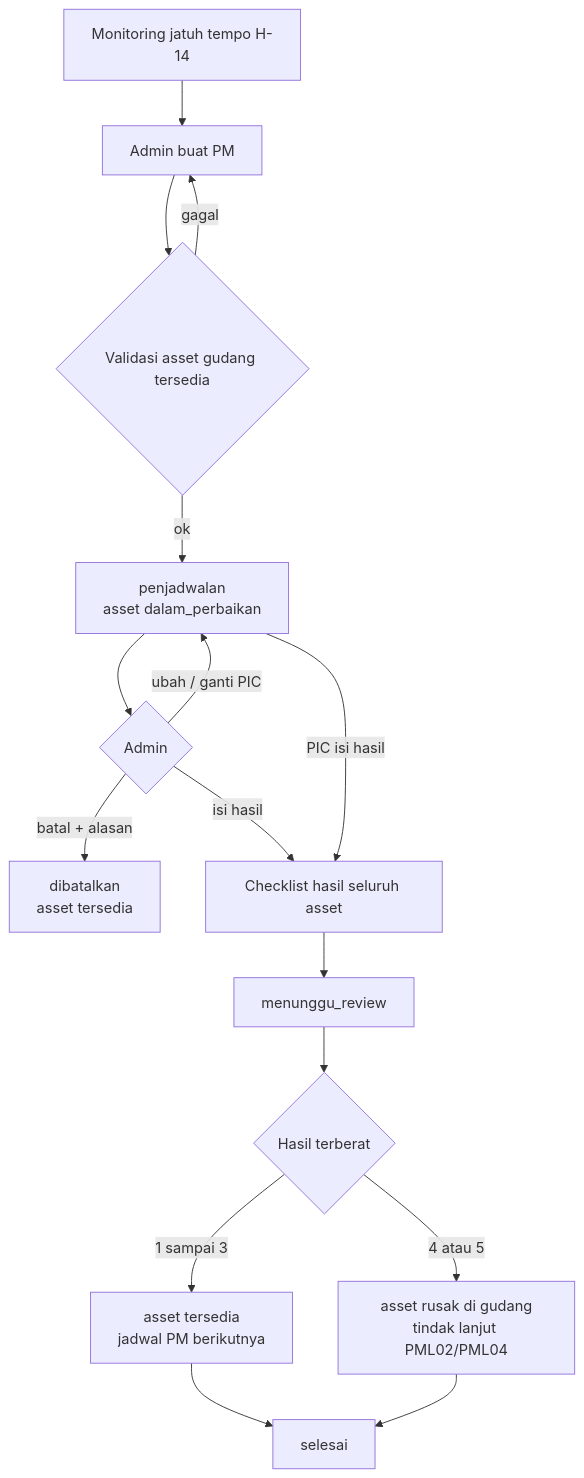
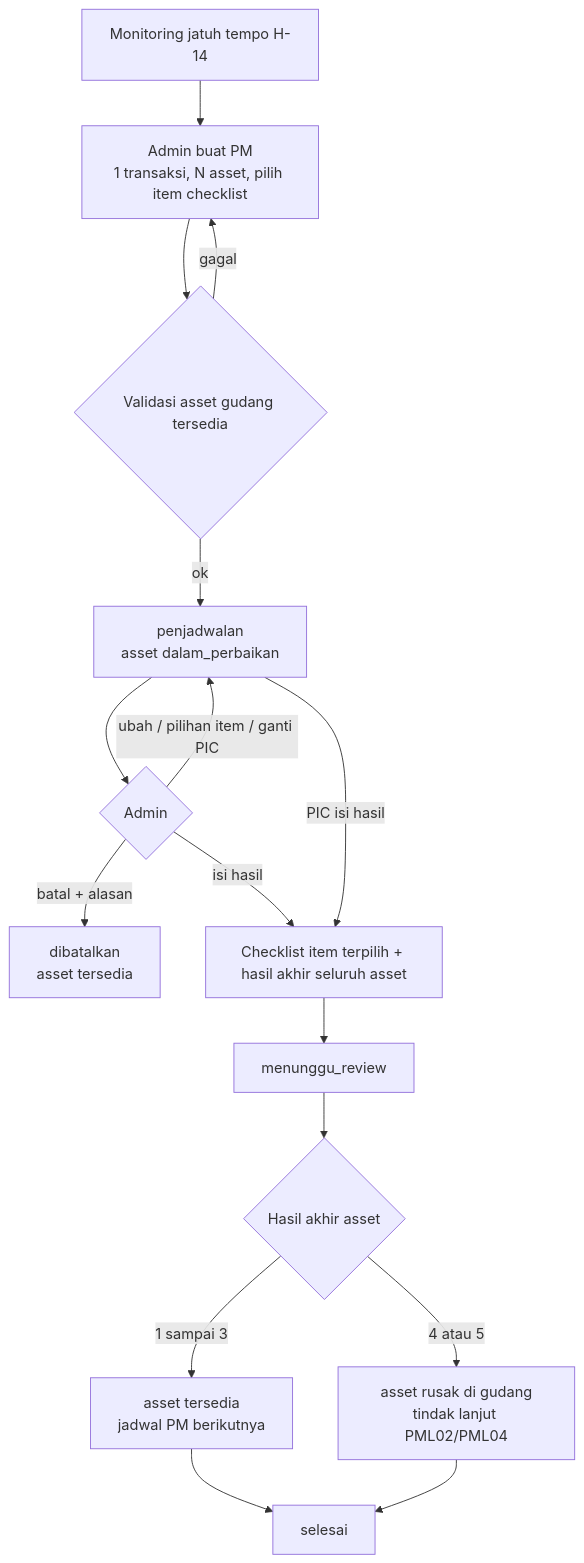
The first of 4 diagrams in dokumentasi-asset-pemeliharaan-gudang.md (setiyawan12/DOKUMENTASI-ASSET), drawn with Mermaid before and after one commit. The commit also changed other lines of this file and 13 other files, not shown here.

````diff
--- a/dokumentasi-asset-pemeliharaan-gudang.md
+++ b/dokumentasi-asset-pemeliharaan-gudang.md
@@ -158,18 +170,18 @@
 ```mermaid
 flowchart TD
-    A[Monitoring jatuh tempo H-14] --> B[Admin buat PM]
+    A[Monitoring jatuh tempo H-14] --> B[Admin buat PM<br/>1 transaksi, N asset, pilih item checklist]
     B --> C{Validasi asset gudang tersedia}
     C -- gagal --> B
     C -- ok --> D[penjadwalan<br/>asset dalam_perbaikan]
     D --> E{Admin}
     E -- batal + alasan --> X[dibatalkan<br/>asset tersedia]
-    E -- ubah / ganti PIC --> D
-    E -- isi hasil --> G[Checklist hasil seluruh asset]
+    E -- ubah / pilihan item / ganti PIC --> D
+    E -- isi hasil --> G[Checklist item terpilih + hasil akhir seluruh asset]
     D -- PIC isi hasil --> G
     G --> H[menunggu_review]
-    H --> I{Hasil terberat}
+    H --> I{Hasil akhir asset}
     I -- 1 sampai 3 --> J[asset tersedia<br/>jadwal PM berikutnya]
     I -- 4 atau 5 --> K[asset rusak di gudang<br/>tindak lanjut PML02/PML04]
     J --> S[selesai]
     K --> S
 ```
````
